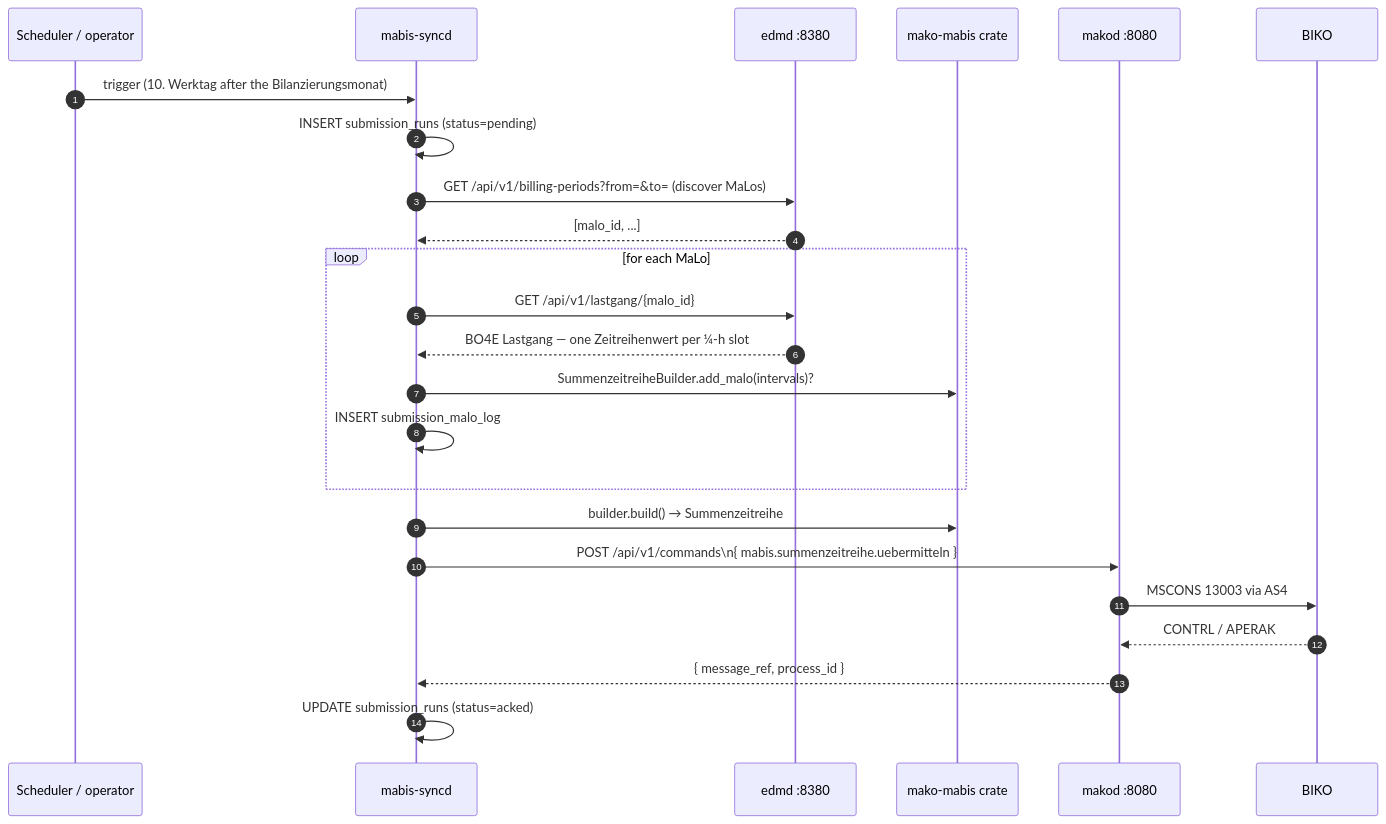
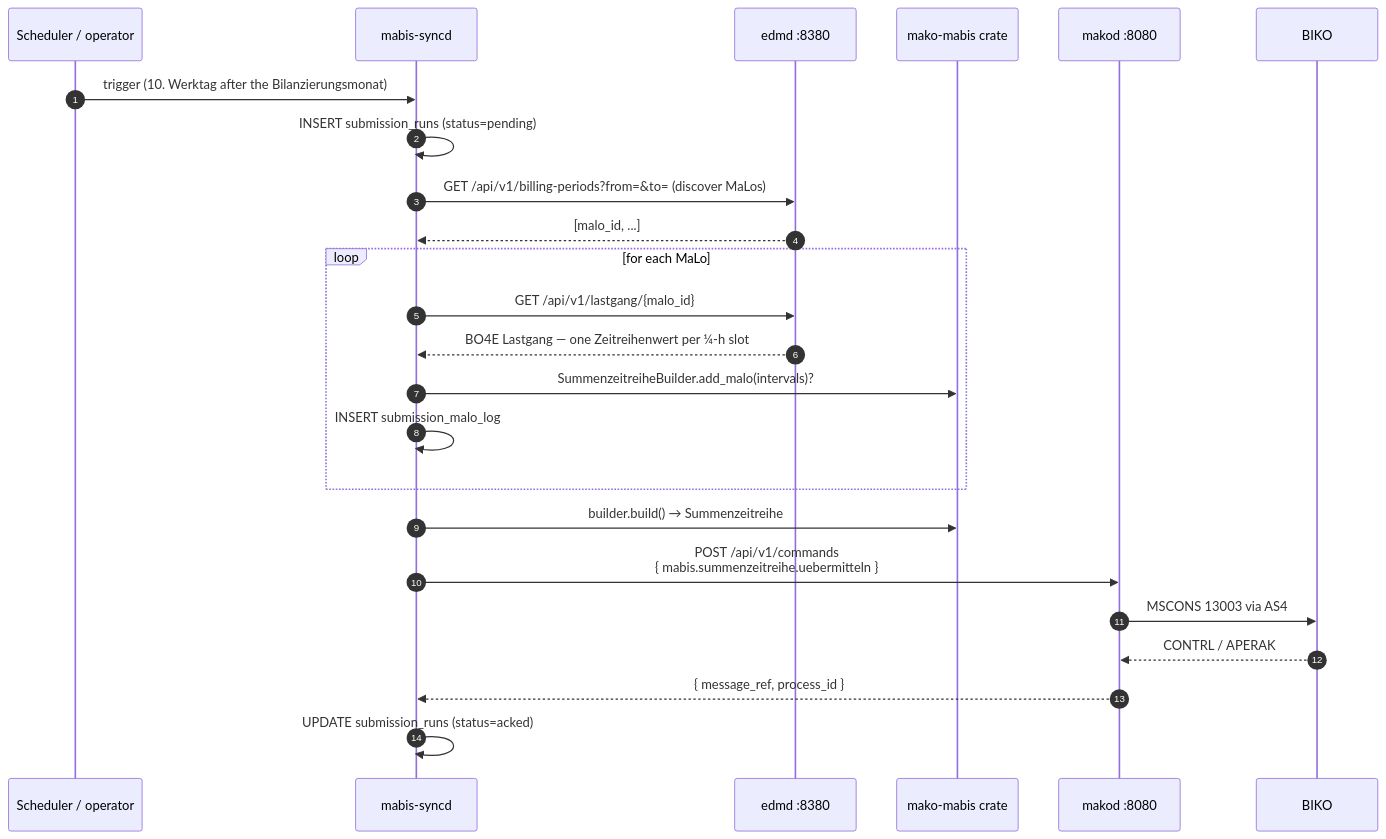
The second of 2 diagrams in site/content/docs/services/mabis-syncd.md (hupe1980/mako), drawn with Mermaid before and after one commit. The commit also changed other lines of this file and 45 other files, not shown here.

````diff
--- a/site/content/docs/services/mabis-syncd.md
+++ b/site/content/docs/services/mabis-syncd.md
@@ -187,30 +187,30 @@
 ```mermaid
 sequenceDiagram
     autonumber
     participant sched as Scheduler / operator
     participant syncd as mabis-syncd
     participant edmd as edmd :8380
     participant mabis as mako-mabis crate
     participant makod as makod :8080
     participant biko as BIKO
 
     sched->>syncd: trigger (10. Werktag after the Bilanzierungsmonat)
     syncd->>syncd: INSERT submission_runs (status=pending)
 
     syncd->>edmd: GET /api/v1/billing-periods?from=&to= (discover MaLos)
     edmd-->>syncd: [malo_id, ...]
 
     loop for each MaLo
         syncd->>edmd: GET /api/v1/lastgang/{malo_id}
         edmd-->>syncd: BO4E Lastgang — one Zeitreihenwert per ¼-h slot
         syncd->>mabis: SummenzeitreiheBuilder.add_malo(intervals)?
         syncd->>syncd: INSERT submission_malo_log
     end
 
     syncd->>mabis: builder.build() → Summenzeitreihe
-    syncd->>makod: POST /api/v1/commands\n{ mabis.summenzeitreihe.uebermitteln }
+    syncd->>makod: POST /api/v1/commands<br/>{ mabis.summenzeitreihe.uebermitteln }
     makod->>biko: MSCONS 13003 via AS4
     biko-->>makod: CONTRL / APERAK
     makod-->>syncd: { message_ref, process_id }
     syncd->>syncd: UPDATE submission_runs (status=acked)
 ```
````
